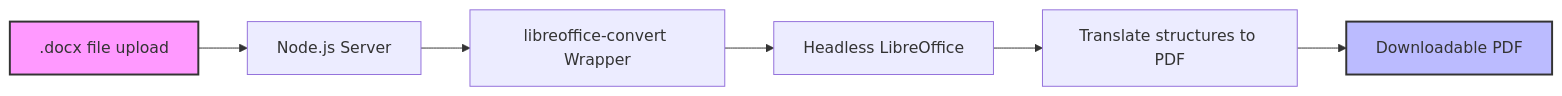
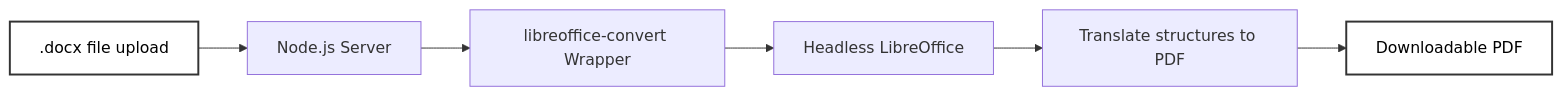
The fifth of 5 diagrams in README.md (AnkitDTUSE/PDFphile), drawn with Mermaid before and after one commit. The commit also changed other lines of this file, not shown here.

````diff
--- a/README.md
+++ b/README.md
@@ -132,10 +132,10 @@
 ```mermaid
 graph LR
     Docx[.docx file upload] --> Server[Node.js Server]
     Server --> LibWrapper[libreoffice-convert Wrapper]
     LibWrapper --> soffice[Headless LibreOffice]
     soffice --> Export[Translate structures to PDF]
     Export --> PDF[Downloadable PDF]
-    style Docx fill:#f9f,stroke:#333,stroke-width:2px
-    style PDF fill:#bbf,stroke:#333,stroke-width:2px
+    style Docx fill:#fff,stroke:#333,stroke-width:2px,color:#000
+    style PDF fill:#fff,stroke:#333,stroke-width:2px,color:#000
 ```
````
